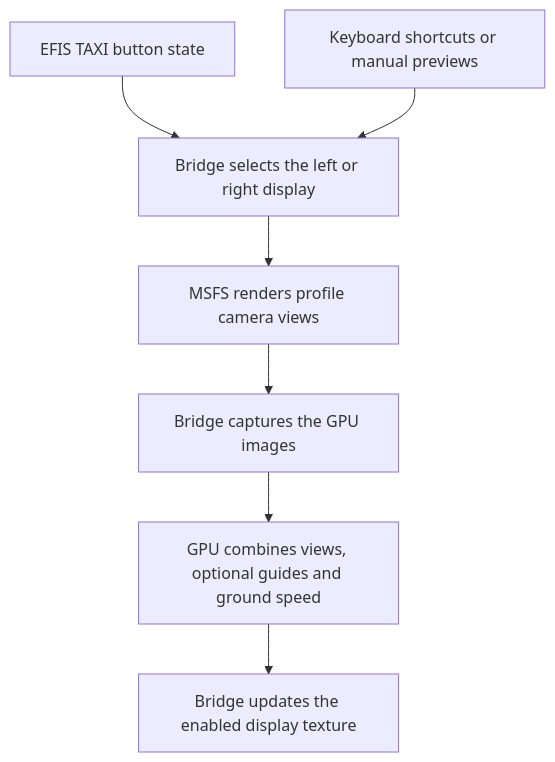
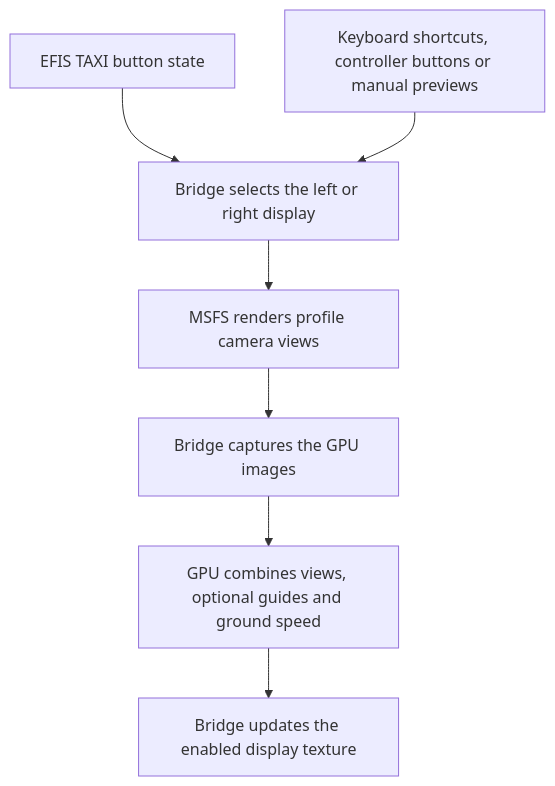
The diagram in docs/architecture.md (rthoms334/taxi-cam), drawn with Mermaid before and after one commit. The commit also changed other lines of this file and 11 other files, not shown here.

```diff
--- a/docs/architecture.md
+++ b/docs/architecture.md
@@ -11,9 +11,9 @@
 ~~~mermaid
 flowchart TD
     Button["EFIS TAXI button state"] --> Control["Bridge selects the left or right display"]
-    Manual["Keyboard shortcuts or manual previews"] --> Control
+    Manual["Keyboard shortcuts, controller buttons or manual previews"] --> Control
     Control --> Cameras["MSFS renders profile camera views"]
     Cameras --> Capture["Bridge captures the GPU images"]
     Capture --> Combine["GPU combines views, optional guides and ground speed"]
     Combine --> Display["Bridge updates the enabled display texture"]
 ~~~
```
